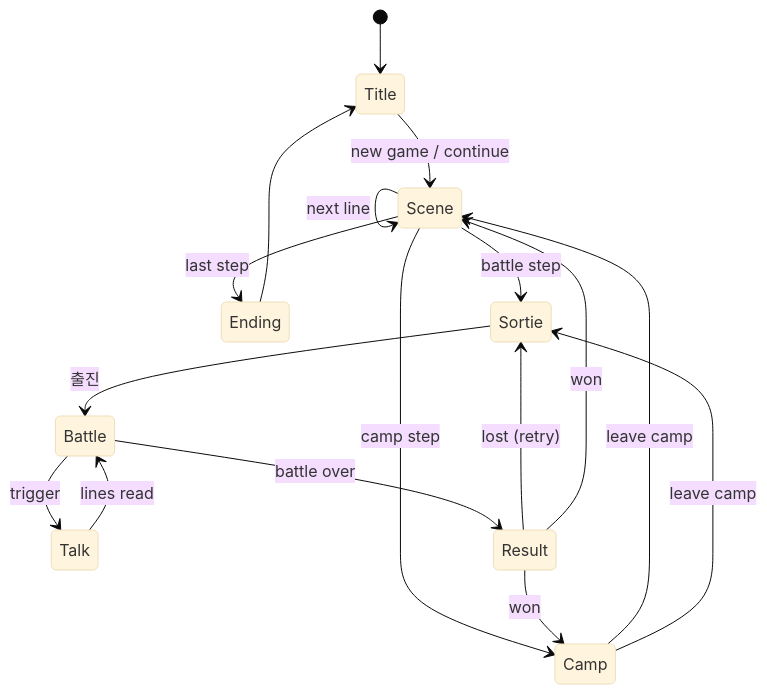
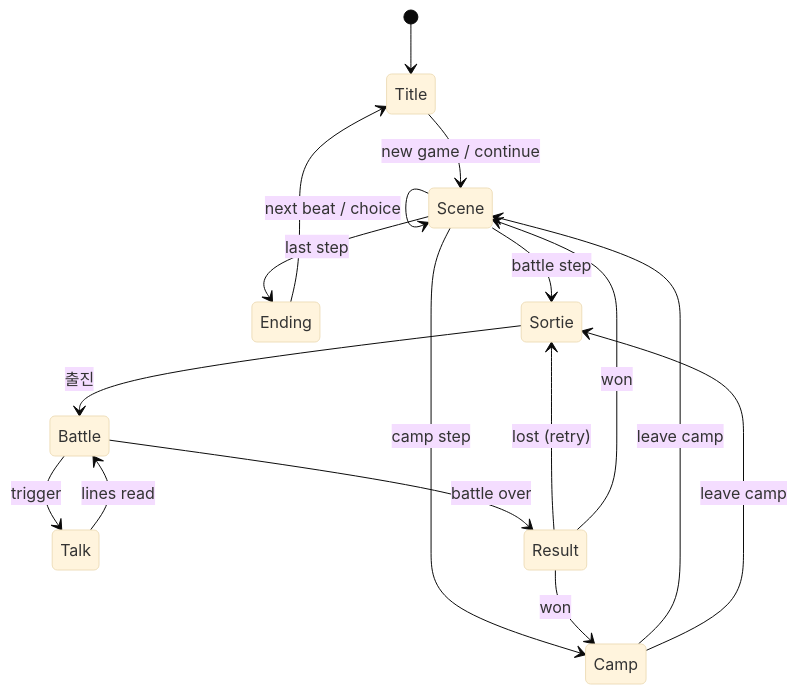
One commit to dudueul/caocao changed the third of 4 diagrams in docs/remake/STORY.md. Above: the diagram before and after it, drawn with Mermaid (base theme). The commit also changed other lines of this file and 47 other files, not shown here.

````diff
--- a/docs/remake/STORY.md
+++ b/docs/remake/STORY.md
@@ -44,19 +79,19 @@
 ```mermaid
 stateDiagram-v2
   [*] --> Title
   Title --> Scene: new game / continue
-  Scene --> Scene: next line
+  Scene --> Scene: next beat / choice
   Scene --> Sortie: battle step
   Scene --> Camp: camp step
   Camp --> Scene: leave camp
   Camp --> Sortie: leave camp
   Sortie --> Battle: 출진
   Battle --> Talk: trigger
   Talk --> Battle: lines read
   Battle --> Result: battle over
   Result --> Sortie: lost (retry)
   Result --> Scene: won
   Result --> Camp: won
   Scene --> Ending: last step
   Ending --> Title
 ```
````
